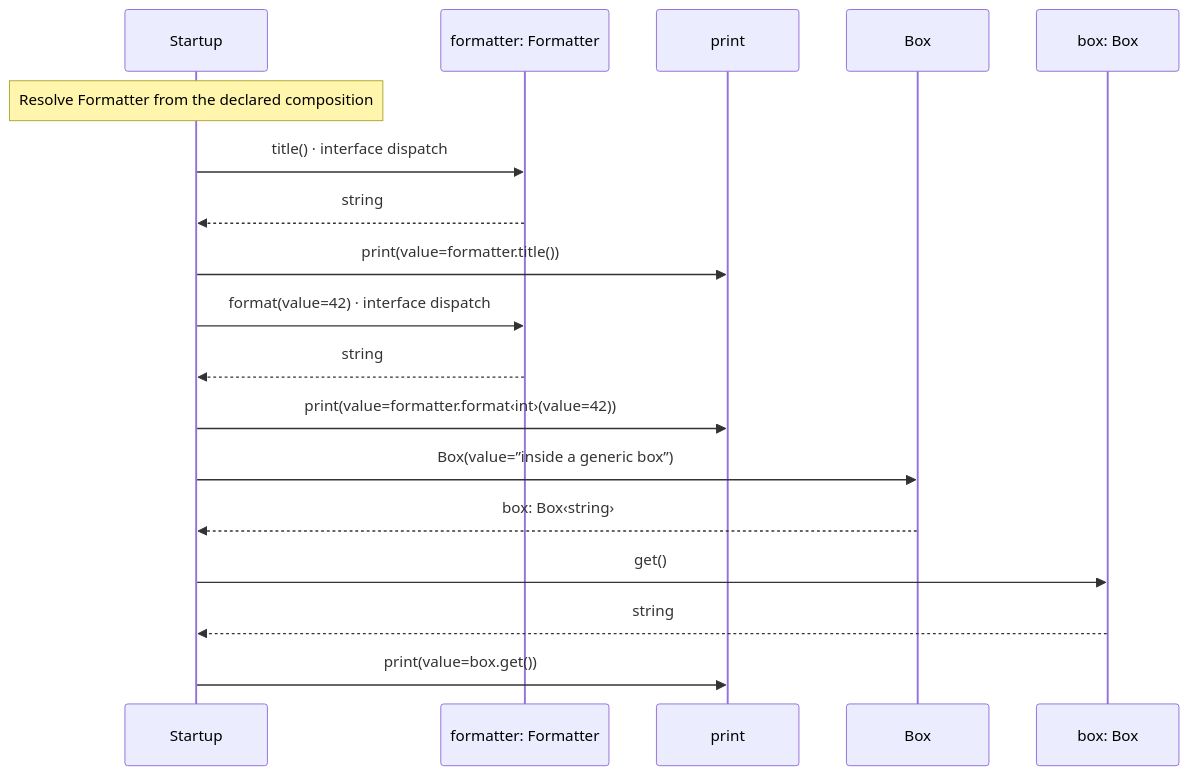
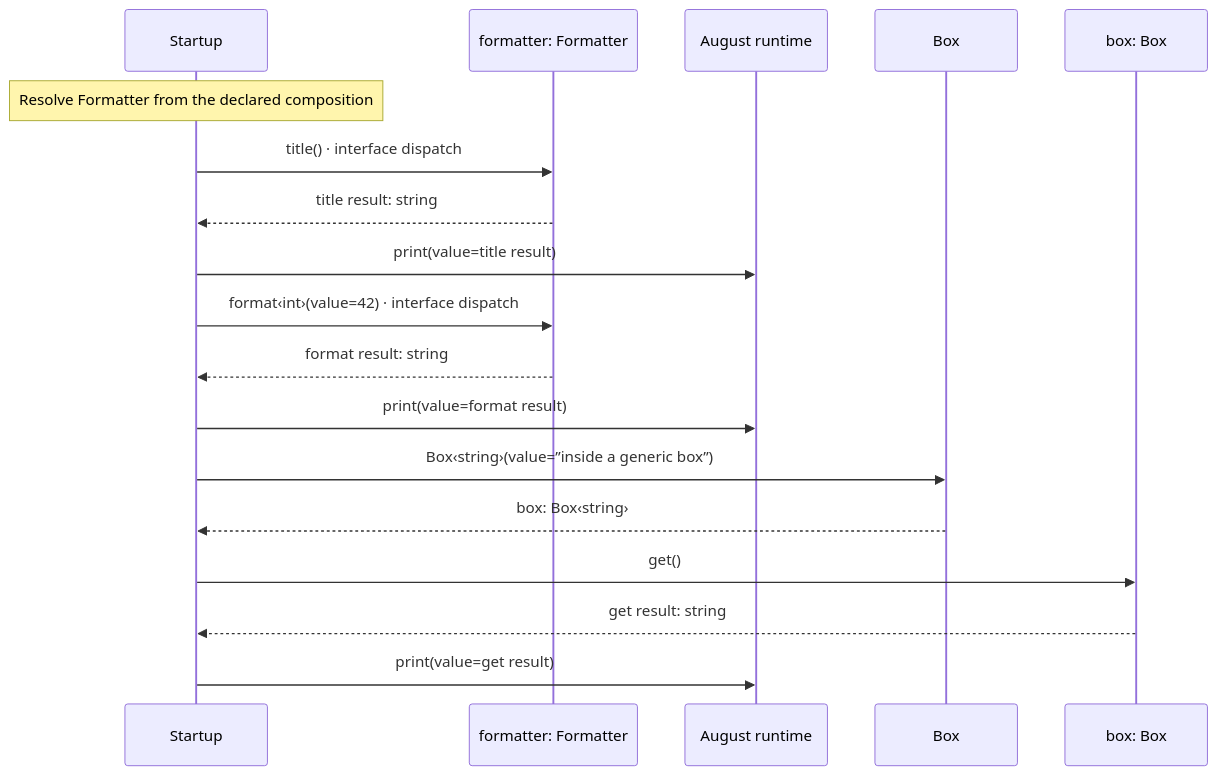
One commit to GreenPandaStudios/augscript changed the second of 2 diagrams in docs/examples/generics/main-diagrams.md. Above: the diagram before and after it, drawn with Mermaid. The commit also changed other lines of this file and 304 other files, not shown here.

Commit message:
Make generated data-flow sequences concise and review every diagram

````diff
--- a/docs/examples/generics/main-diagrams.md
+++ b/docs/examples/generics/main-diagrams.md
@@ -55,20 +38,20 @@
 ```mermaid
 sequenceDiagram
     participant p0 as Startup
     participant p1 as formatter: Formatter
-    participant p2 as print
+    participant p2 as August runtime
     participant p3 as Box
     participant p4 as box: Box
     Note over p0: Resolve Formatter from the declared composition
     p0->>p1: title() · interface dispatch
-    p1-->>p0: string
-    p0->>p2: print(value=formatter.title())
-    p0->>p1: format(value=42) · interface dispatch
-    p1-->>p0: string
-    p0->>p2: print(value=formatter.format‹int›(value=42))
-    p0->>p3: Box(value=”inside a generic box”)
+    p1-->>p0: title result: string
+    p0->>p2: print(value=title result)
+    p0->>p1: format‹int›(value=42) · interface dispatch
+    p1-->>p0: format result: string
+    p0->>p2: print(value=format result)
+    p0->>p3: Box‹string›(value=”inside a generic box”)
     p3-->>p0: box: Box‹string›
     p0->>p4: get()
-    p4-->>p0: string
-    p0->>p2: print(value=box.get())
+    p4-->>p0: get result: string
+    p0->>p2: print(value=get result)
 ```
````
